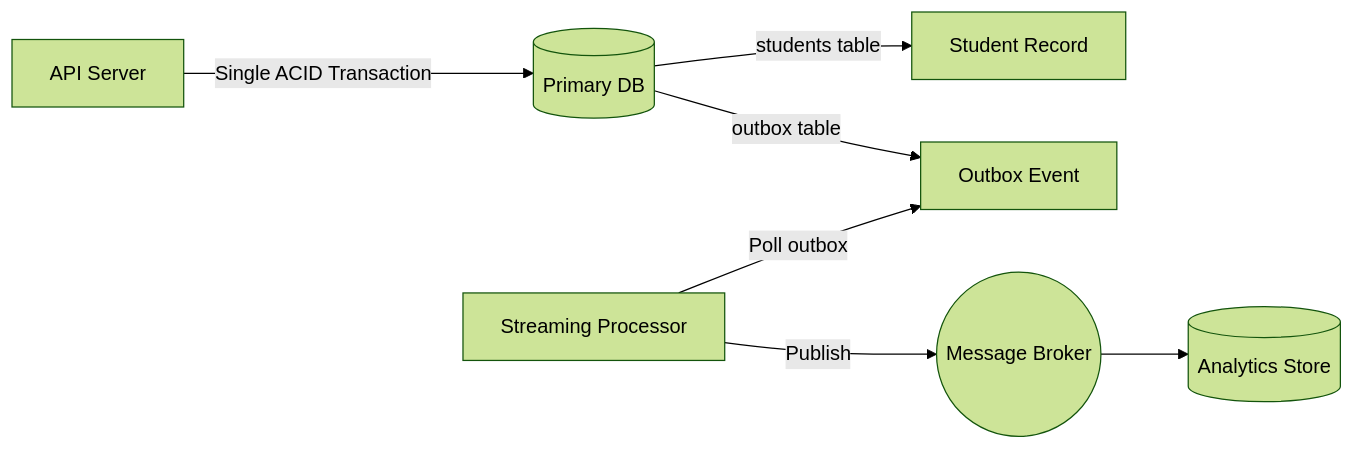
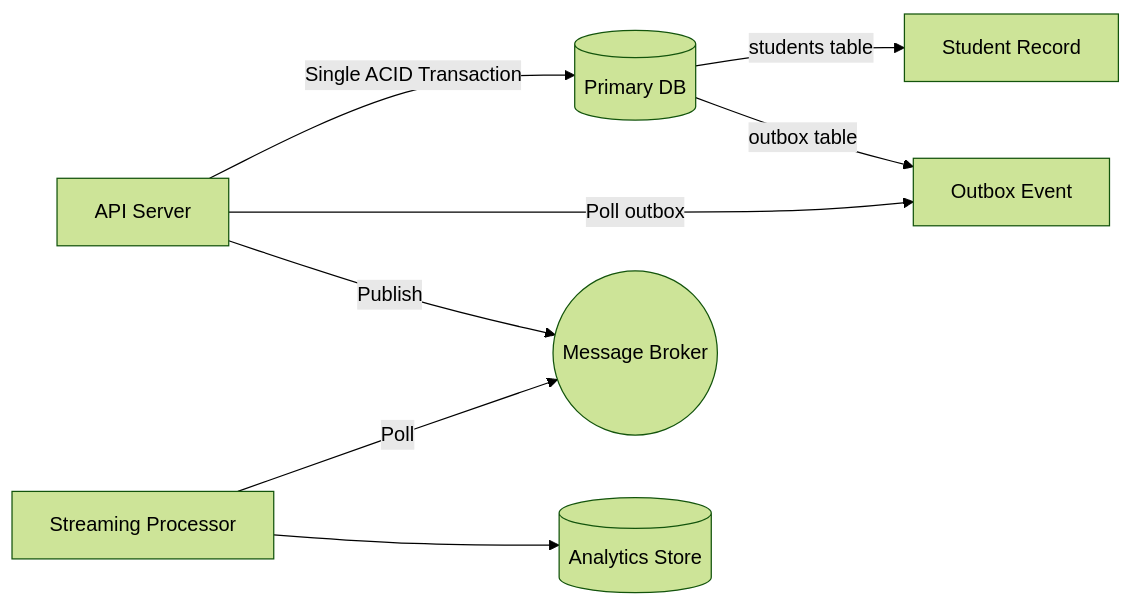
The fourth of 5 diagrams in ARCHITECTURE.md (mnpro98/music-academy-platform), drawn with Mermaid (forest theme) before and after one commit. The commit also changed other lines of this file, not shown here.

Commit message:
Corrections to ARCHITECTURE.md

````diff
--- a/ARCHITECTURE.md
+++ b/ARCHITECTURE.md
@@ -117,9 +117,10 @@
 ```mermaid
 graph LR
     API[API Server] -->|Single ACID Transaction| PrimaryDB[(Primary DB)]
     PrimaryDB -->|students table| S[Student Record]
     PrimaryDB -->|outbox table| O[Outbox Event]
-    ETL[Streaming Processor] -->|Poll outbox| O
-    ETL -->|Publish| Broker((Message Broker))
-    Broker --> SecondaryDB[(Analytics Store)]
+    API[API Server] -->|Poll outbox| O
+    API -->|Publish| Broker((Message Broker))
+    ETL[Streaming Processor] -->|Poll| Broker
+    ETL --> SecondaryDB[(Analytics Store)]
 ```
````
